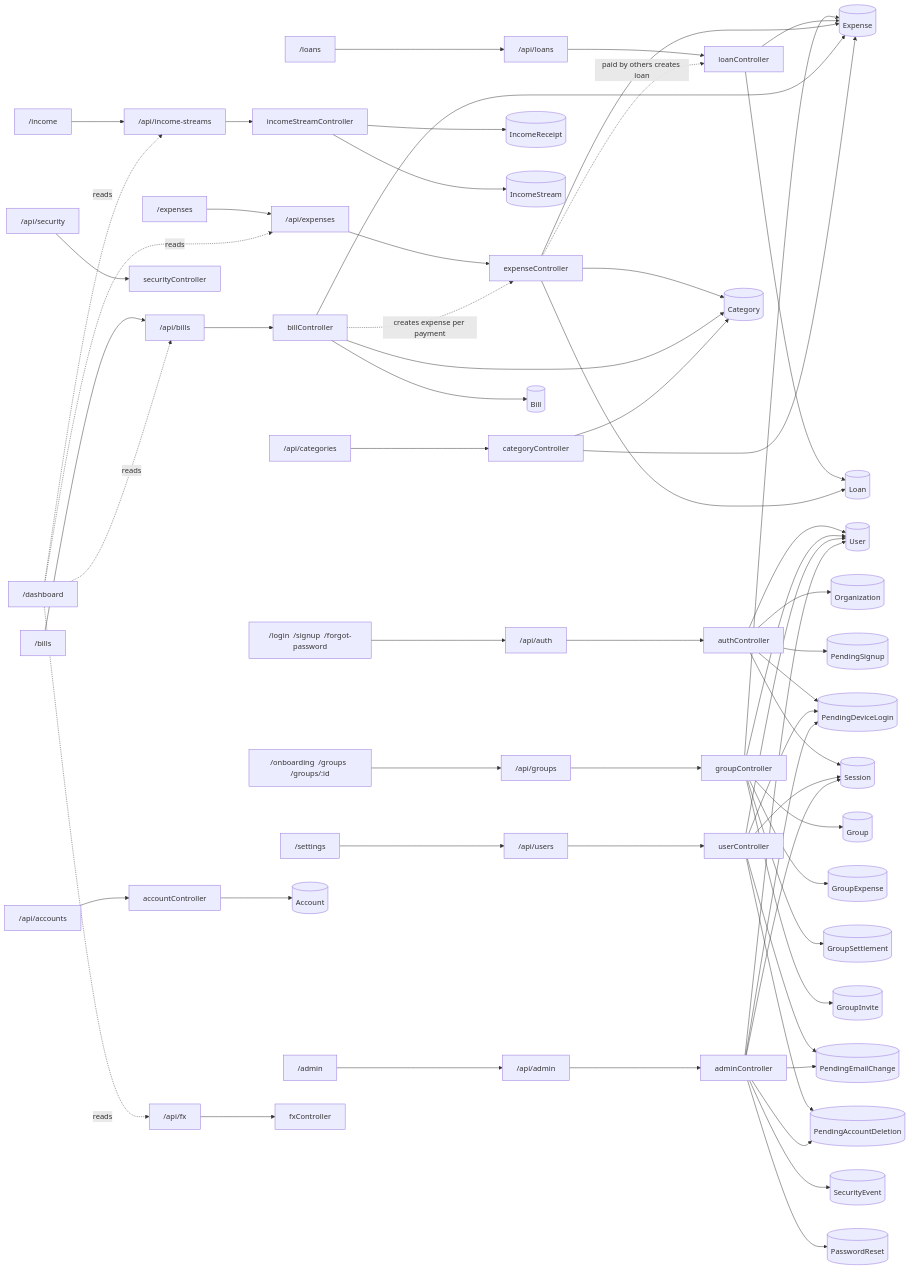
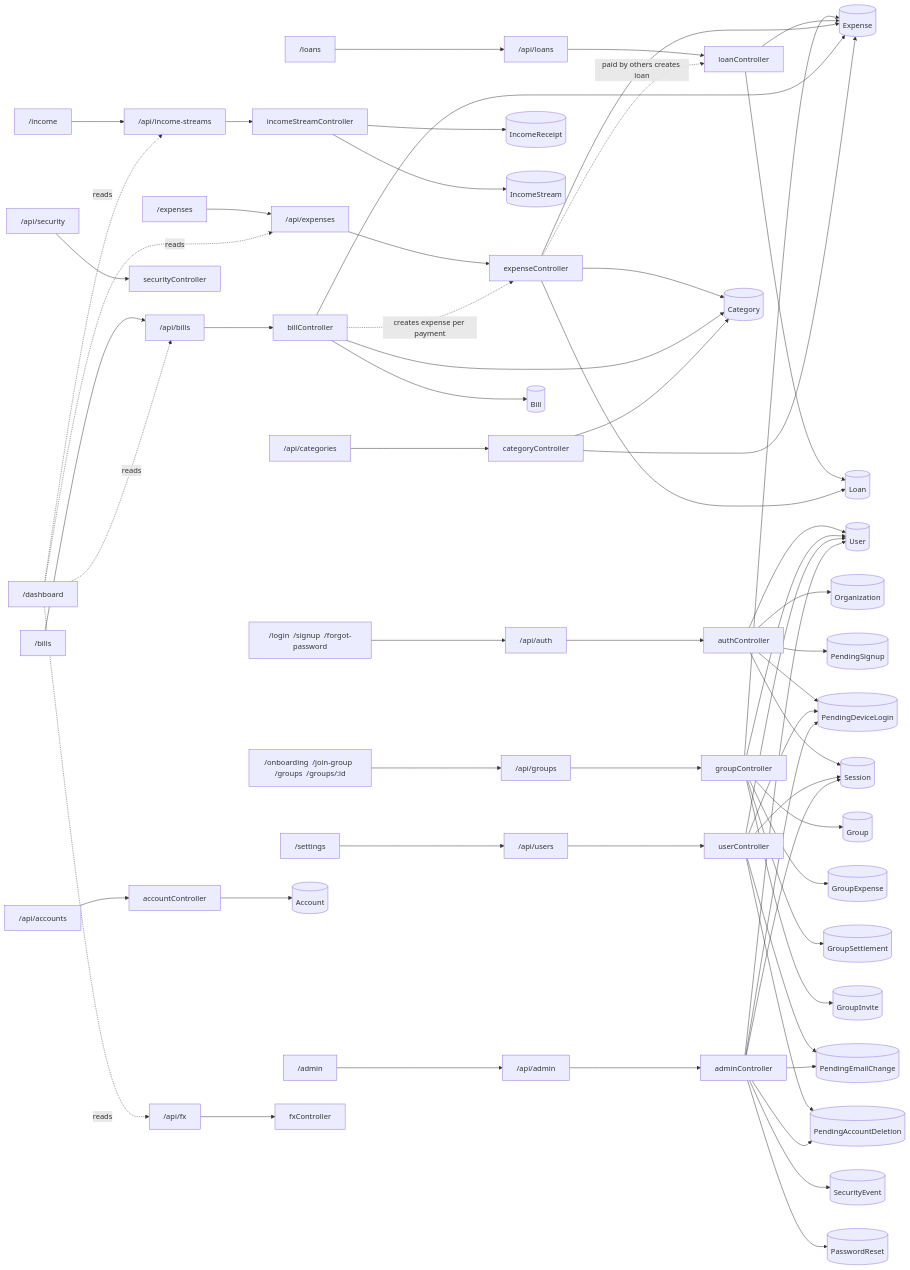
Before and after one commit to MuhammadAliMinhas66X/VaultriX: the second of 2 diagrams in docs/APP-MAP.md, drawn with Mermaid. The commit also changed other lines of this file and 3 other files, not shown here.

````diff
--- a/docs/APP-MAP.md
+++ b/docs/APP-MAP.md
@@ -21,70 +21,70 @@
 ```mermaid
 flowchart LR
   P_auth["/login  /signup  /forgot-password"] --> A_auth["/api/auth"]
   A_auth --> K_auth["authController"]
   K_auth --> M_User[("User")]
   K_auth --> M_Organization[("Organization")]
   K_auth --> M_PendingSignup[("PendingSignup")]
   K_auth --> M_PendingDeviceLogin[("PendingDeviceLogin")]
   K_auth --> M_Session[("Session")]
-  P_shared["/onboarding  /groups  /groups/:id"] --> A_shared["/api/groups"]
+  P_shared["/onboarding  /join-group  /groups  /groups/:id"] --> A_shared["/api/groups"]
   A_shared --> K_shared["groupController"]
   K_shared --> M_Group[("Group")]
   K_shared --> M_GroupExpense[("GroupExpense")]
   K_shared --> M_GroupSettlement[("GroupSettlement")]
   K_shared --> M_GroupInvite[("GroupInvite")]
   K_shared --> M_User[("User")]
   K_shared --> M_Expense[("Expense")]
   P_dashboard["/dashboard"]
   P_income["/income"] --> A_income["/api/income-streams"]
   A_income --> K_income["incomeStreamController"]
   K_income --> M_IncomeReceipt[("IncomeReceipt")]
   K_income --> M_IncomeStream[("IncomeStream")]
   P_loans["/loans"] --> A_loans["/api/loans"]
   A_loans --> K_loans["loanController"]
   K_loans --> M_Loan[("Loan")]
   K_loans --> M_Expense[("Expense")]
   P_expenses["/expenses"] --> A_expenses["/api/expenses"]
   A_expenses --> K_expenses["expenseController"]
   K_expenses --> M_Expense[("Expense")]
   K_expenses --> M_Category[("Category")]
   K_expenses --> M_Loan[("Loan")]
   P_bills["/bills"] --> A_bills["/api/bills"]
   A_bills --> K_bills["billController"]
   K_bills --> M_Bill[("Bill")]
   K_bills --> M_Expense[("Expense")]
   K_bills --> M_Category[("Category")]
   P_settings["/settings"] --> A_settings["/api/users"]
   A_settings --> K_settings["userController"]
   K_settings --> M_User[("User")]
   K_settings --> M_Session[("Session")]
   K_settings --> M_PendingEmailChange[("PendingEmailChange")]
   K_settings --> M_PendingDeviceLogin[("PendingDeviceLogin")]
   K_settings --> M_PendingAccountDeletion[("PendingAccountDeletion")]
   P_admin["/admin"] --> A_admin["/api/admin"]
   A_admin --> K_admin["adminController"]
   K_admin --> M_User[("User")]
   K_admin --> M_Session[("Session")]
   K_admin --> M_SecurityEvent[("SecurityEvent")]
   K_admin --> M_PasswordReset[("PasswordReset")]
   K_admin --> M_PendingEmailChange[("PendingEmailChange")]
   K_admin --> M_PendingDeviceLogin[("PendingDeviceLogin")]
   K_admin --> M_PendingAccountDeletion[("PendingAccountDeletion")]
   A_security["/api/security"]
   A_security --> K_security["securityController"]
   A_accounts["/api/accounts"]
   A_accounts --> K_accounts["accountController"]
   K_accounts --> M_Account[("Account")]
   A_categories["/api/categories"]
   A_categories --> K_categories["categoryController"]
   K_categories --> M_Category[("Category")]
   K_categories --> M_Expense[("Expense")]
   A_rates["/api/fx"]
   A_rates --> K_rates["fxController"]
   P_dashboard -. reads .-> A_income
   P_dashboard -. reads .-> A_expenses
   P_dashboard -. reads .-> A_bills
   P_dashboard -. reads .-> A_rates
   K_bills -. creates expense per payment .-> K_expenses
   K_expenses -. paid by others creates loan .-> K_loans
 ```
````
